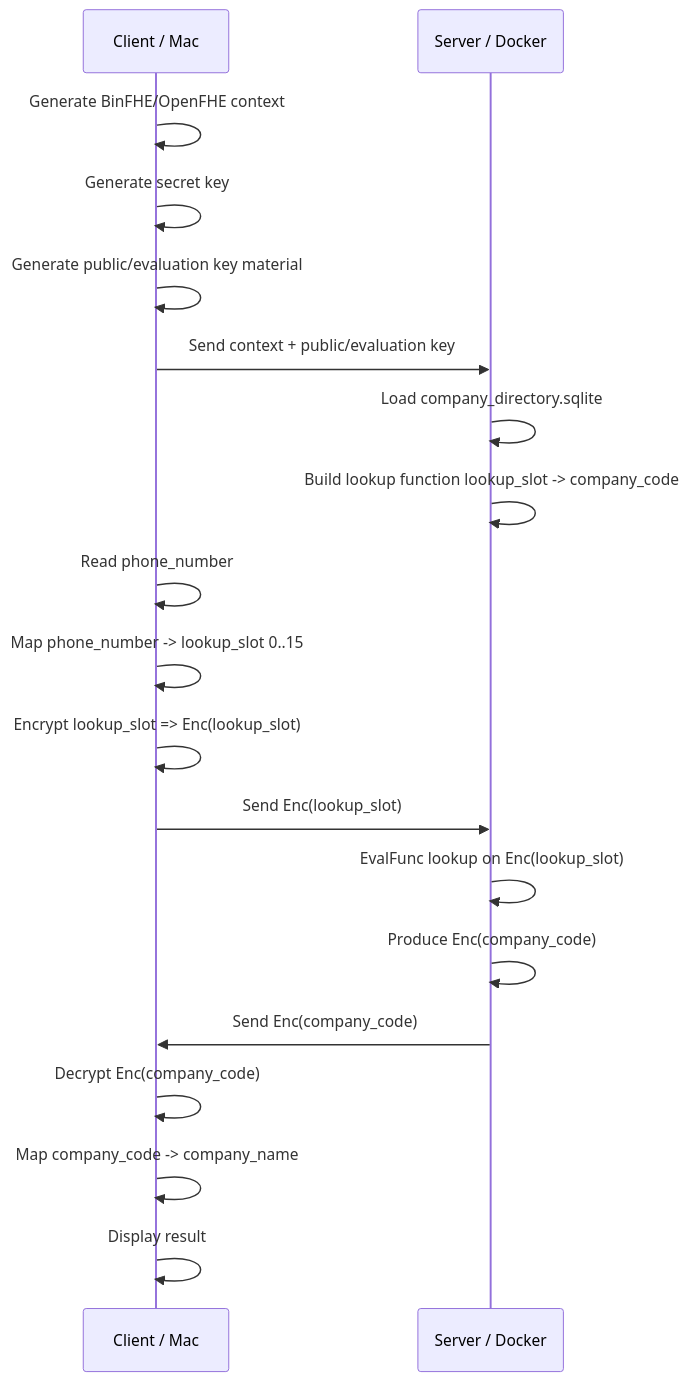
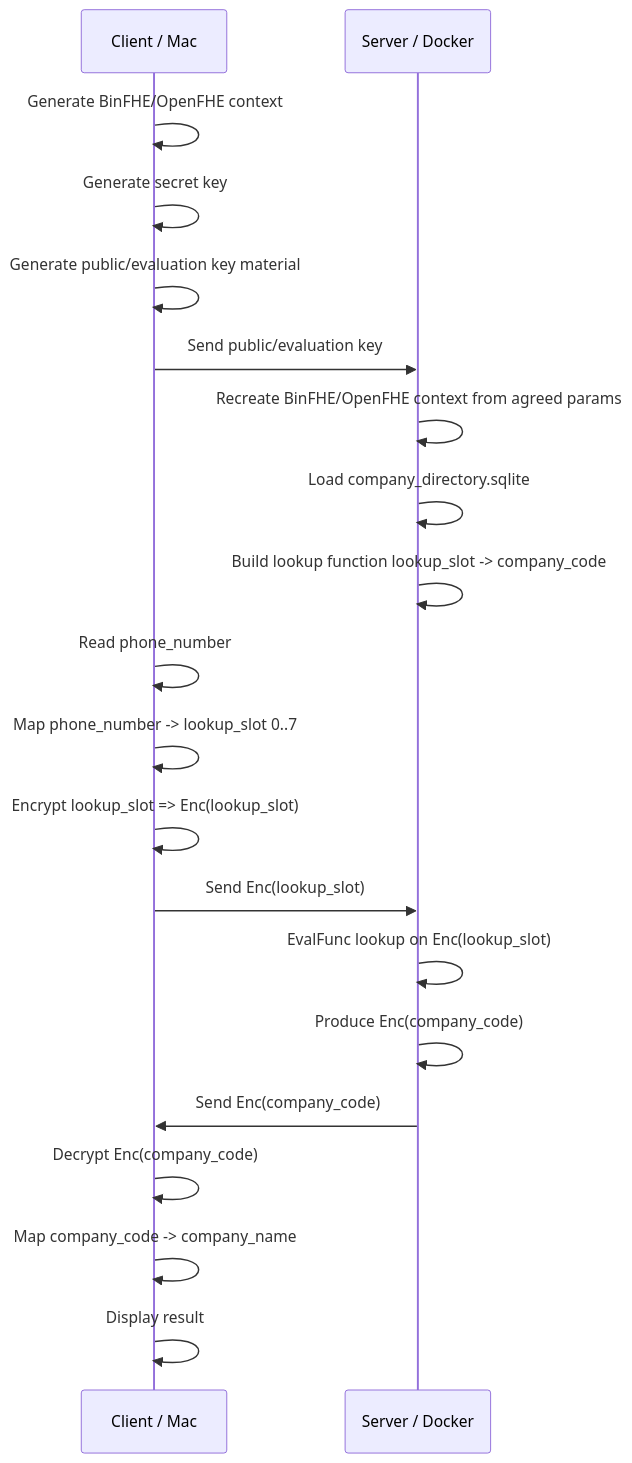
The first of 2 diagrams in PRIVATE_COMPANY_LOOKUP_FLOW.md (Nhatcao1/he_profiler), drawn with Mermaid before and after one commit. The commit also changed other lines of this file and 12 other files, not shown here.

Commit message:
Use toy BinFHE params and recreate context

````diff
--- a/PRIVATE_COMPANY_LOOKUP_FLOW.md
+++ b/PRIVATE_COMPANY_LOOKUP_FLOW.md
@@ -53,26 +53,27 @@
 ```mermaid
 sequenceDiagram
     participant C as Client / Mac
     participant S as Server / Docker
 
     C->>C: Generate BinFHE/OpenFHE context
     C->>C: Generate secret key
     C->>C: Generate public/evaluation key material
-    C->>S: Send context + public/evaluation key
+    C->>S: Send public/evaluation key
+    S->>S: Recreate BinFHE/OpenFHE context from agreed params
 
     S->>S: Load company_directory.sqlite
     S->>S: Build lookup function lookup_slot -> company_code
 
     C->>C: Read phone_number
-    C->>C: Map phone_number -> lookup_slot 0..15
+    C->>C: Map phone_number -> lookup_slot 0..7
     C->>C: Encrypt lookup_slot => Enc(lookup_slot)
     C->>S: Send Enc(lookup_slot)
 
     S->>S: EvalFunc lookup on Enc(lookup_slot)
     S->>S: Produce Enc(company_code)
     S->>C: Send Enc(company_code)
 
     C->>C: Decrypt Enc(company_code)
     C->>C: Map company_code -> company_name
     C->>C: Display result
 ```
````
